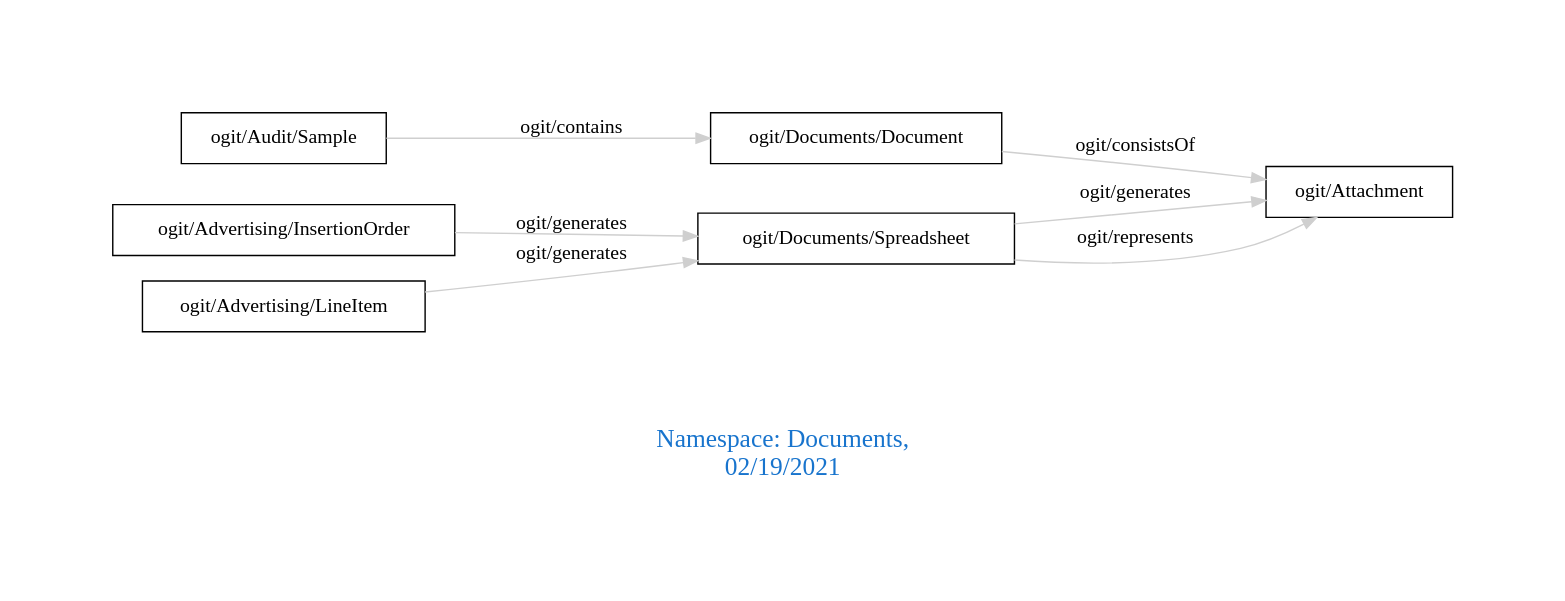
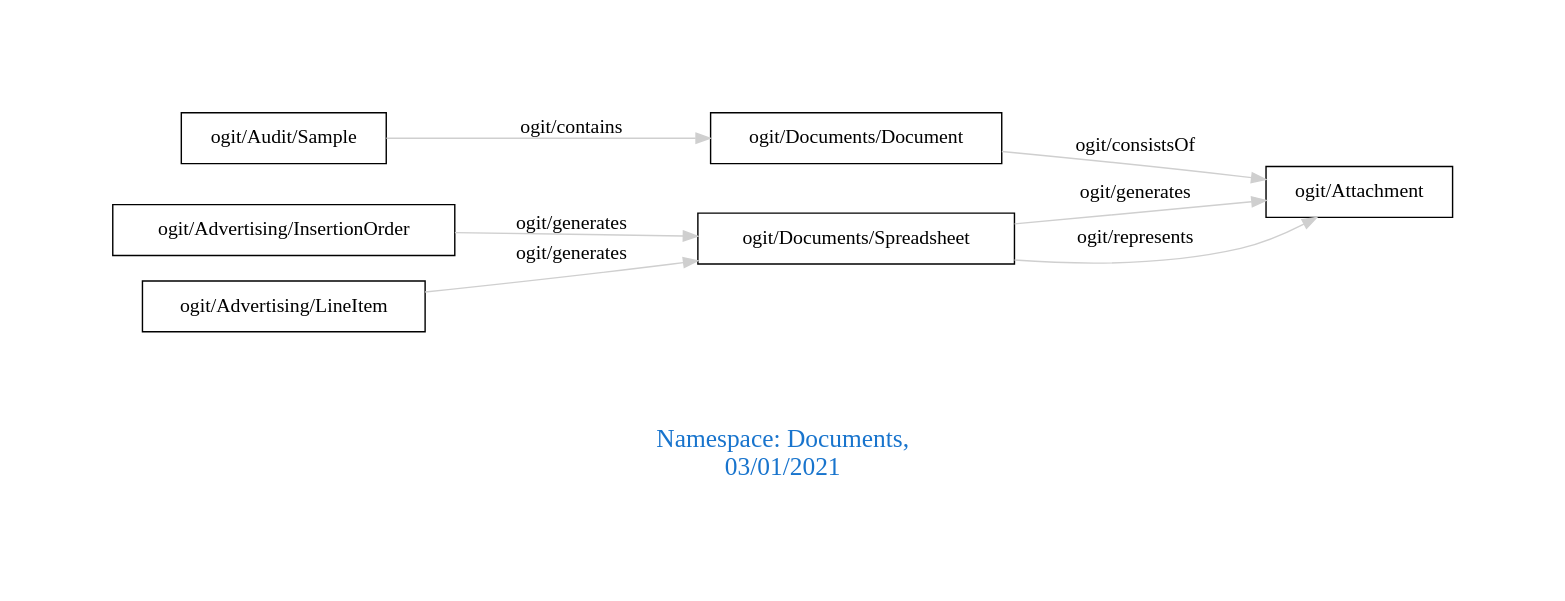
Before and after one commit to arago/OGIT: the diagram in downloads/Documents.dot, drawn with Graphviz. The commit also changed 1845 other files, not shown here.

```diff
--- a/downloads/Documents.dot
+++ b/downloads/Documents.dot
@@ -1,14 +1,14 @@
 digraph OGIT_ontology {
  graph [ rankdir= LR,pad=1 
 fontsize = 18,
-fontcolor= dodgerblue3,label = "\n\n\nNamespace: Documents, \n 02/19/2021"];
+fontcolor= dodgerblue3,label = "\n\n\nNamespace: Documents, \n 03/01/2021"];
 node[shape=polygon];
 edge [  color="gray81"];
 
    "ogit/Audit/Sample" -> "ogit/Documents/Document" [label="   ogit/contains    "];
    "ogit/Advertising/InsertionOrder" -> "ogit/Documents/Spreadsheet" [label="   ogit/generates    "];
    "ogit/Advertising/LineItem" -> "ogit/Documents/Spreadsheet" [label="   ogit/generates    "];
    "ogit/Documents/Spreadsheet" -> "ogit/Attachment" [label="   ogit/generates    "];
    "ogit/Documents/Spreadsheet" -> "ogit/Attachment" [label="   ogit/represents    "];
    "ogit/Documents/Document" -> "ogit/Attachment" [label="   ogit/consistsOf    "];
 }
```
